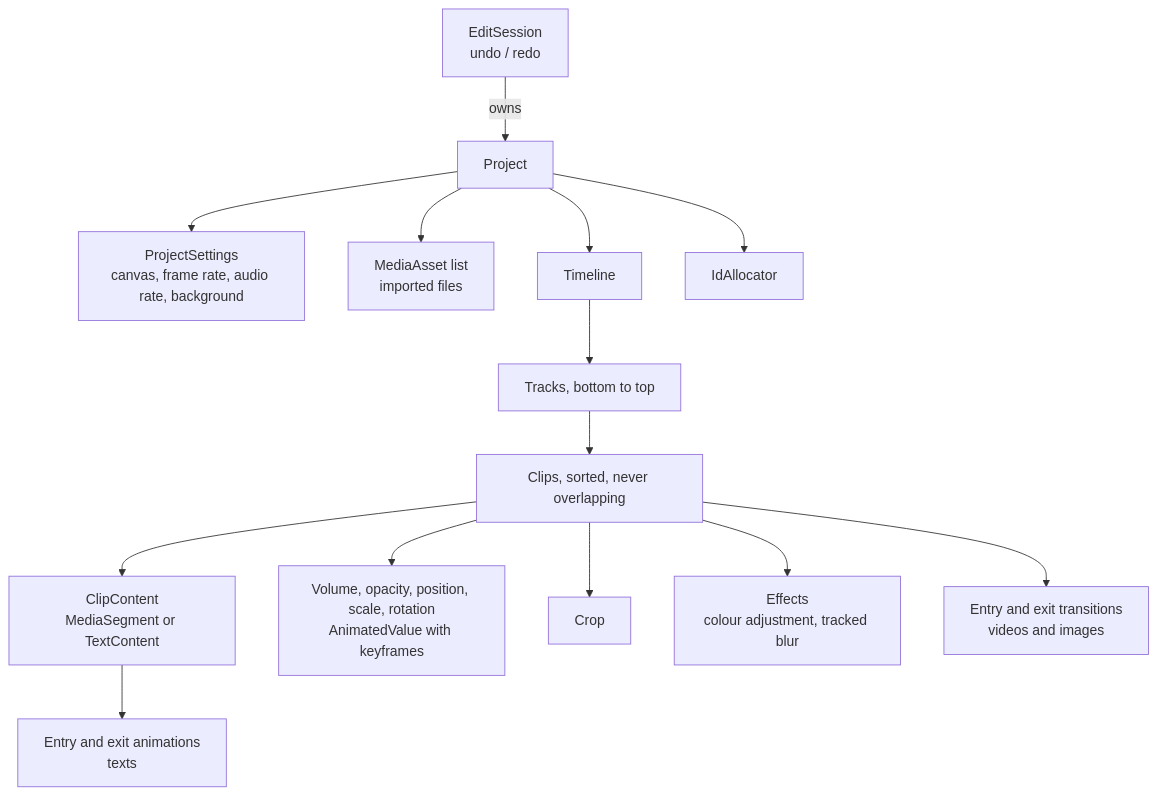
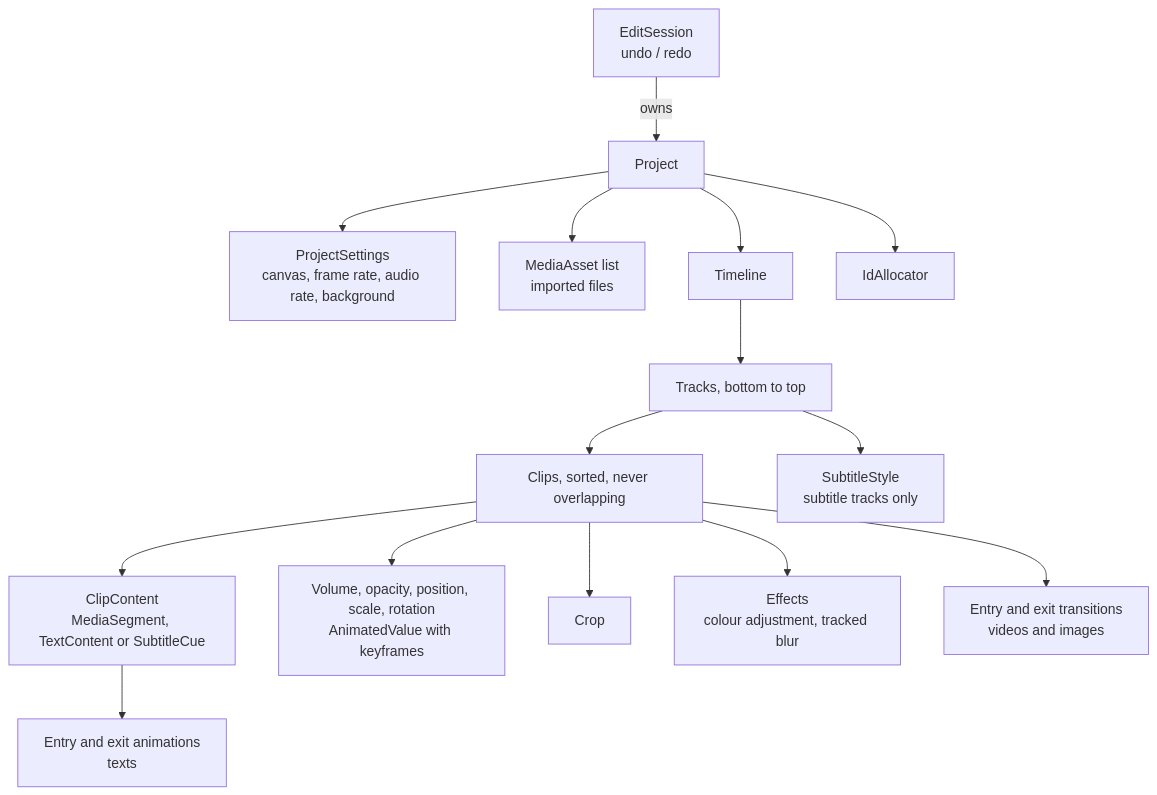
The diagram in docs/data-model.md (noasman971/kadr), drawn with Mermaid before and after one commit. The commit also changed other lines of this file and 12 other files, not shown here.

````diff
--- a/docs/data-model.md
+++ b/docs/data-model.md
@@ -9,16 +9,17 @@
 ```mermaid
 flowchart TD
     session[EditSession<br/>undo / redo] -->|owns| project[Project]
     project --> settings[ProjectSettings<br/>canvas, frame rate, audio rate, background]
     project --> assets[MediaAsset list<br/>imported files]
     project --> timeline[Timeline]
     project --> allocator[IdAllocator]
     timeline --> tracks[Tracks, bottom to top]
     tracks --> clips[Clips, sorted, never overlapping]
-    clips --> content[ClipContent<br/>MediaSegment or TextContent]
+    tracks --> subtitle_style[SubtitleStyle<br/>subtitle tracks only]
+    clips --> content[ClipContent<br/>MediaSegment, TextContent or SubtitleCue]
     clips --> properties[Volume, opacity, position, scale, rotation<br/>AnimatedValue with keyframes]
     clips --> crop[Crop]
     clips --> effects[Effects<br/>colour adjustment, tracked blur]
     clips --> transitions[Entry and exit transitions<br/>videos and images]
     content --> animations[Entry and exit animations<br/>texts]
 ```
````
